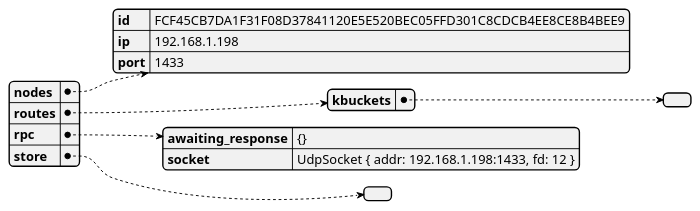
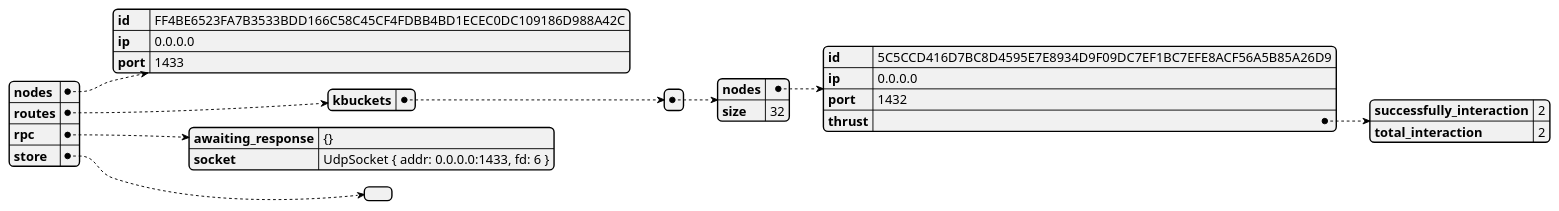
The diagram in src/distributed_legder/state_dumps/test-contact-3.json.plantuml (GoliathHagar/distributed_legder_kademlia), drawn with PlantUML before and after one commit. The commit also changed 10 other files, not shown here.

```diff
--- a/src/distributed_legder/state_dumps/test-contact-3.json.plantuml
+++ b/src/distributed_legder/state_dumps/test-contact-3.json.plantuml
@@ -1,3 +1,3 @@
 @startjson
-{"nodes":{"id":"FCF45CB7DA1F31F08D37841120E5E520BEC05FFD301C8CDCB4EE8CE8B4BEE9","ip":"192.168.1.198","port":1433},"routes":{"kbuckets":[]},"rpc":{"awaiting_response":"{}","socket":"UdpSocket { addr: 192.168.1.198:1433, fd: 12 }"},"store":[]}
+{"nodes":{"id":"FF4BE6523FA7B3533BDD166C58C45CF4FDBB4BD1ECEC0DC109186D988A42C","ip":"0.0.0.0","port":1433},"routes":{"kbuckets":[{"nodes":{"id":"5C5CCD416D7BC8D4595E7E8934D9F09DC7EF1BC7EFE8ACF56A5B85A26D9","ip":"0.0.0.0","port":1432,"thrust":{"successfully_interaction":2,"total_interaction":2}},"size":32}]},"rpc":{"awaiting_response":"{}","socket":"UdpSocket { addr: 0.0.0.0:1433, fd: 6 }"},"store":[]}
 @endjson
```
